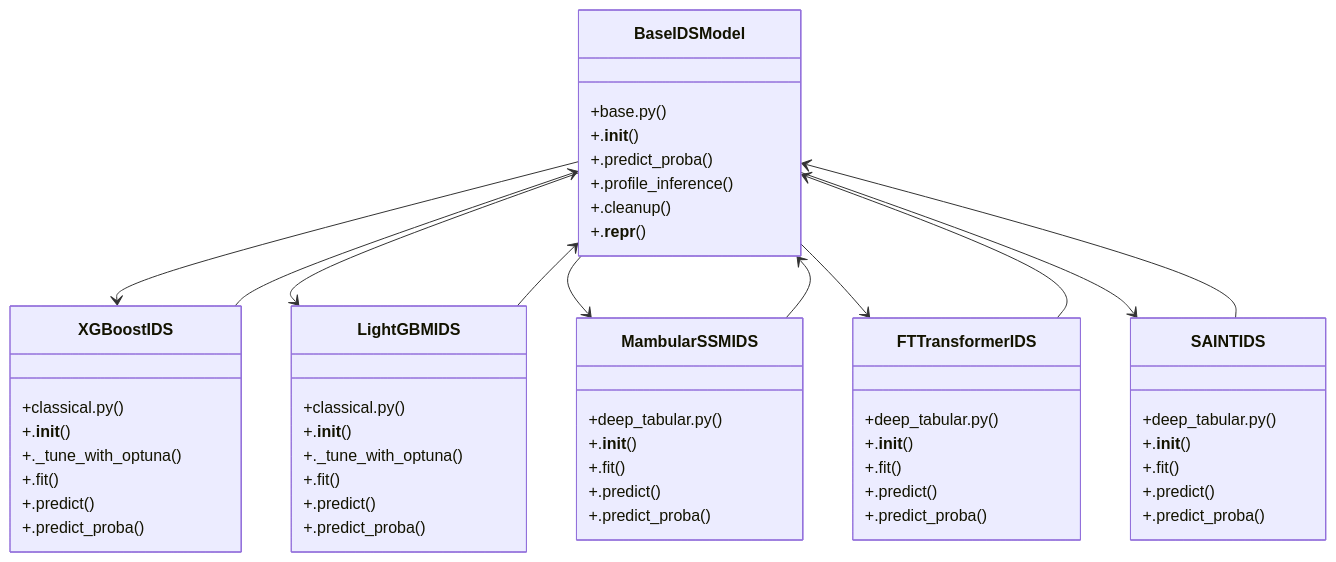
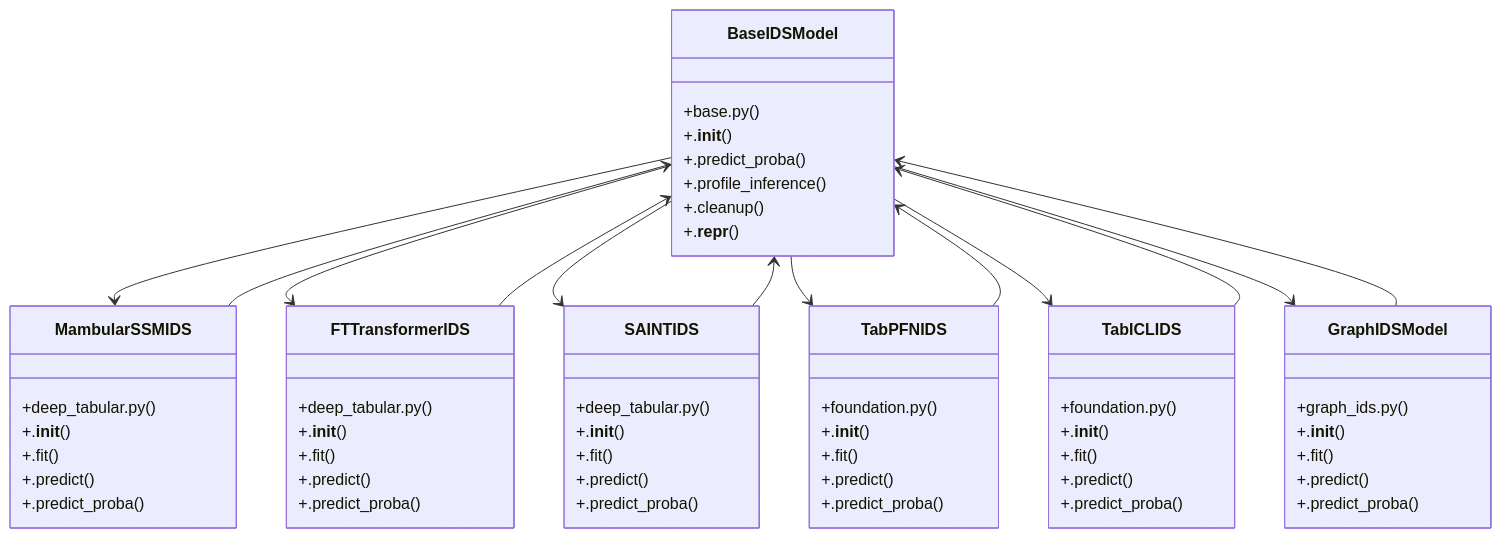
One commit to FY72X9/is_ai-vuln changed the diagram in graphify-out/wiki/Community_0.md. Above: the diagram before and after it, drawn with Mermaid. The commit also changed other lines of this file and 67 other files, not shown here.

Commit message:
docs: generate graphify knowledge base wiki, domains, and reports

````diff
--- a/graphify-out/wiki/Community_0.md
+++ b/graphify-out/wiki/Community_0.md
@@ -36,58 +36,65 @@
 ```mermaid
 classDiagram
     class BaseIDSModel {
         +base.py()
         +.__init__()
         +.predict_proba()
         +.profile_inference()
         +.cleanup()
         +.__repr__()
-    }
-    class LightGBMIDS {
-        +classical.py()
-        +.__init__()
-        +._tune_with_optuna()
-        +.fit()
-        +.predict()
-        +.predict_proba()
-    }
-    class XGBoostIDS {
-        +classical.py()
-        +.__init__()
-        +._tune_with_optuna()
-        +.fit()
-        +.predict()
-        +.predict_proba()
     }
     class FTTransformerIDS {
         +deep_tabular.py()
         +.__init__()
         +.fit()
         +.predict()
         +.predict_proba()
     }
     class MambularSSMIDS {
         +deep_tabular.py()
         +.__init__()
         +.fit()
         +.predict()
         +.predict_proba()
     }
     class SAINTIDS {
         +deep_tabular.py()
         +.__init__()
         +.fit()
         +.predict()
         +.predict_proba()
     }
-    BaseIDSModel --> XGBoostIDS
-    BaseIDSModel --> LightGBMIDS
+    class TabICLIDS {
+        +foundation.py()
+        +.__init__()
+        +.fit()
+        +.predict()
+        +.predict_proba()
+    }
+    class TabPFNIDS {
+        +foundation.py()
+        +.__init__()
+        +.fit()
+        +.predict()
+        +.predict_proba()
+    }
+    class GraphIDSModel {
+        +graph_ids.py()
+        +.__init__()
+        +.fit()
+        +.predict()
+        +.predict_proba()
+    }
     BaseIDSModel --> MambularSSMIDS
     BaseIDSModel --> FTTransformerIDS
     BaseIDSModel --> SAINTIDS
-    LightGBMIDS --> BaseIDSModel
-    XGBoostIDS --> BaseIDSModel
+    BaseIDSModel --> TabPFNIDS
+    BaseIDSModel --> TabICLIDS
+    BaseIDSModel --> GraphIDSModel
     FTTransformerIDS --> BaseIDSModel
     MambularSSMIDS --> BaseIDSModel
     SAINTIDS --> BaseIDSModel
+    TabICLIDS --> BaseIDSModel
+    TabPFNIDS --> BaseIDSModel
+    GraphIDSModel --> BaseIDSModel
 ```
````
